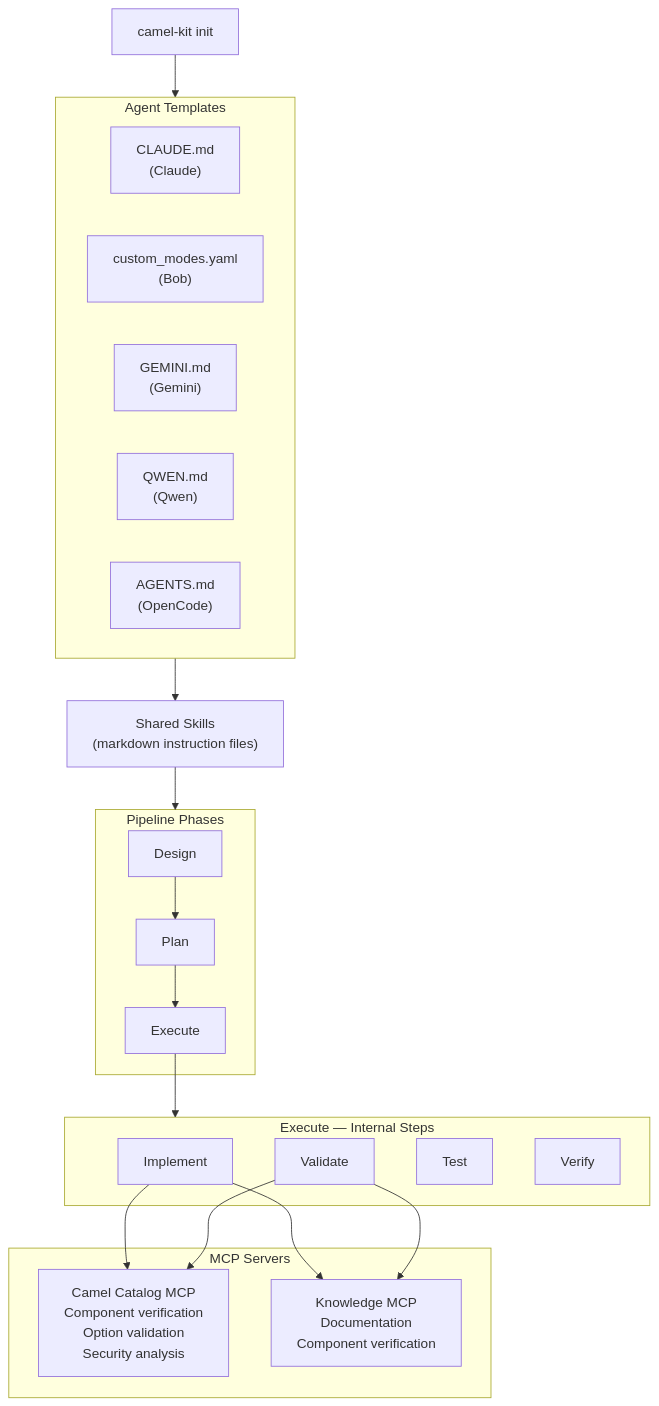
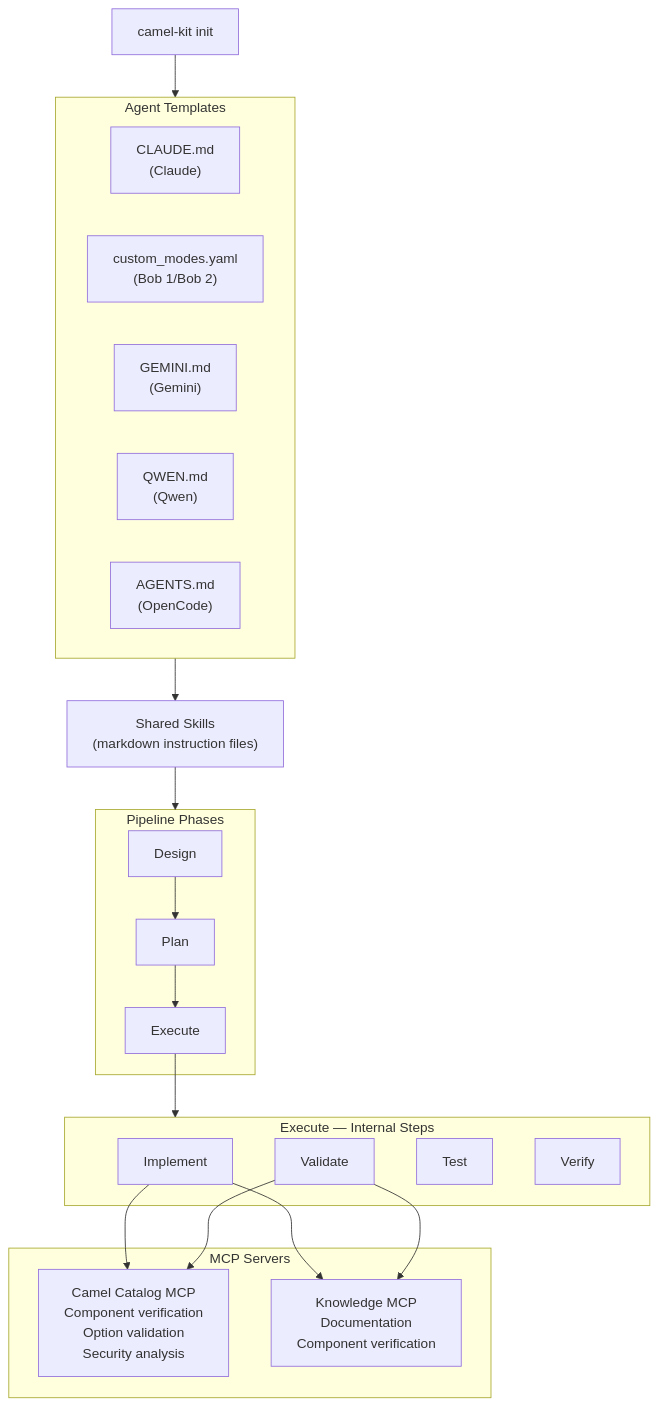
One commit to luigidemasi/camel-kit changed the seventh of 7 diagrams in docs/camel-kit-overview.md. Above: the diagram before and after it, drawn with Mermaid. The commit also changed other lines of this file and 44 other files, not shown here.

````diff
--- a/docs/camel-kit-overview.md
+++ b/docs/camel-kit-overview.md
@@ -351,40 +351,40 @@
 ```mermaid
 flowchart TB
     init["camel-kit init"]
 
     subgraph templates ["Agent Templates"]
         claude["CLAUDE.md\n(Claude)"]
-        bob["custom_modes.yaml\n(Bob)"]
+        bob["custom_modes.yaml\n(Bob 1/Bob 2)"]
         gemini["GEMINI.md\n(Gemini)"]
         qwen["QWEN.md\n(Qwen)"]
         opencode["AGENTS.md\n(OpenCode)"]
     end
 
     skills["Shared Skills\n(markdown instruction files)"]
 
     subgraph pipeline ["Pipeline Phases"]
         design["Design"]
         plan["Plan"]
         execute["Execute"]
     end
 
     subgraph internal ["Execute — Internal Steps"]
         implement["Implement"]
         validate["Validate"]
         test["Test"]
         verify["Verify"]
     end
 
     subgraph mcp ["MCP Servers"]
         catalog["Camel Catalog MCP\nComponent verification\nOption validation\nSecurity analysis"]
         knowledge["Knowledge MCP\nDocumentation\nComponent verification"]
     end
 
     init --> templates
     templates --> skills
     skills --> pipeline
     design --> plan --> execute
     execute --> internal
     implement & validate --> catalog
     implement & validate --> knowledge
 ```
````
